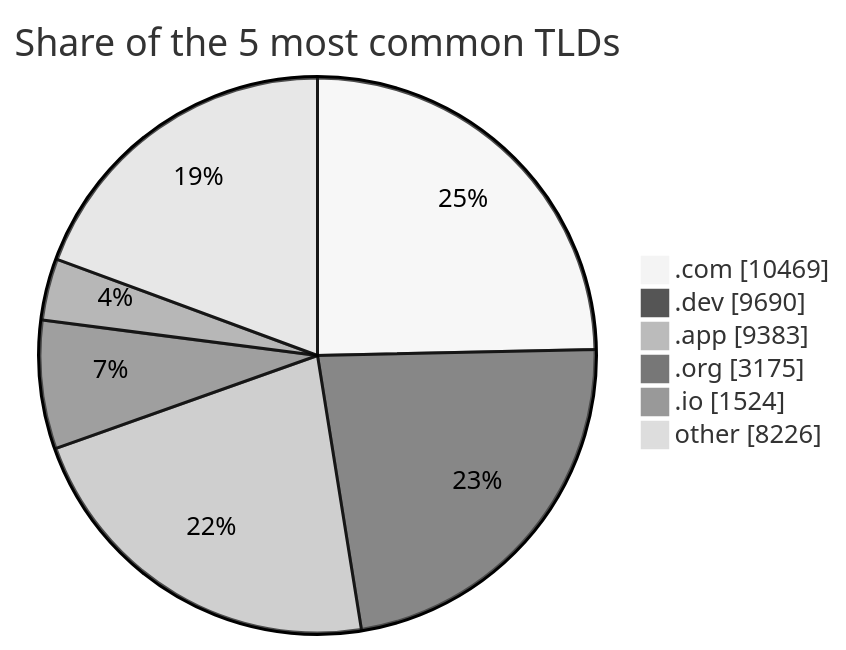
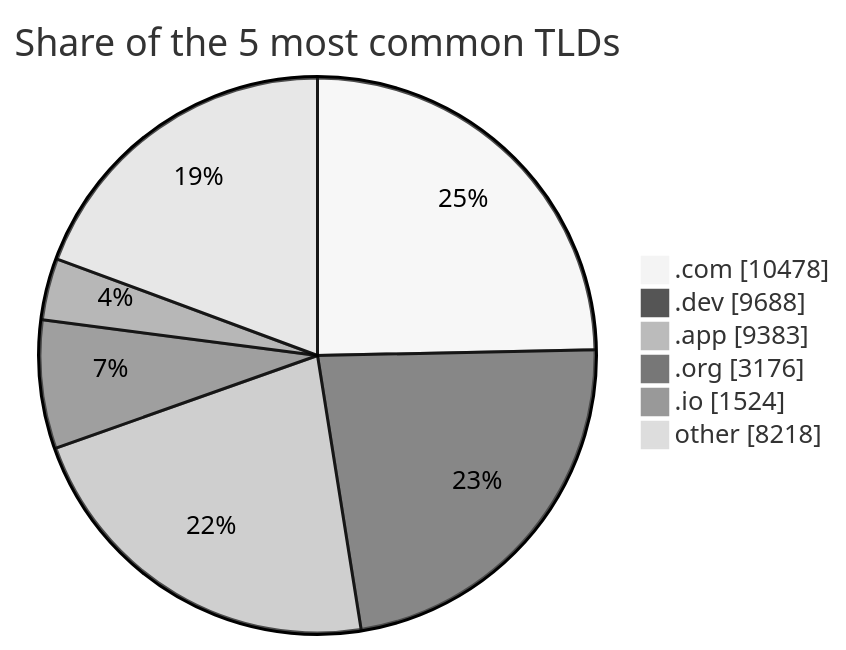
Before and after one commit to DNSBunker/CTI: the third of 3 diagrams in README.md, drawn with Mermaid (neutral theme). The commit also changed other lines of this file and 3 other files, not shown here.

````diff
--- a/README.md
+++ b/README.md
@@ -81,9 +81,9 @@
 ```mermaid
 pie showData title Share of the 5 most common TLDs
-    ".com" : 10469
-    ".dev" : 9690
+    ".com" : 10478
+    ".dev" : 9688
     ".app" : 9383
-    ".org" : 3175
+    ".org" : 3176
     ".io" : 1524
-    "other" : 8226
+    "other" : 8218
 ```
````
